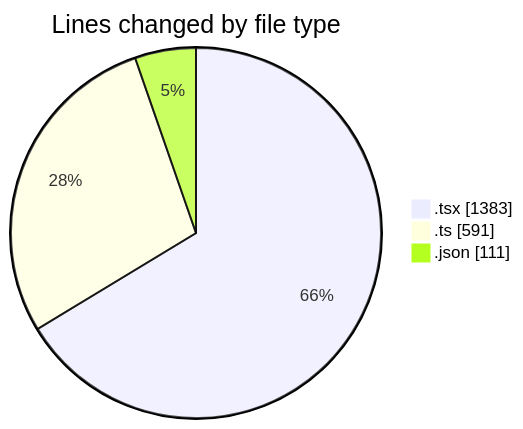
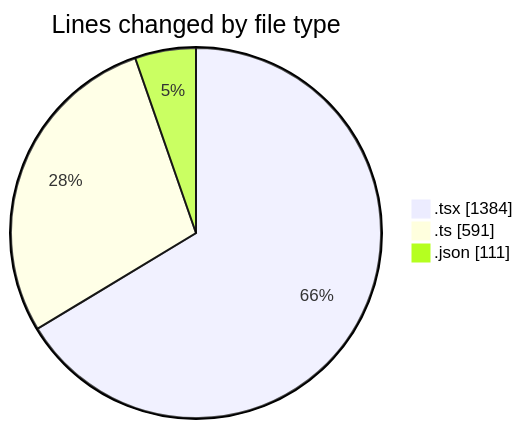
One commit to julien-gomy/code-tracking changed the first of 2 diagrams in 2025-11-08/eventscop-frontend-guide__workspace_/README.md. Above: the diagram before and after it, drawn with Mermaid. The commit also changed other lines of this file and 1 other file, not shown here.

````diff
--- a/2025-11-08/eventscop-frontend-guide__workspace_/README.md
+++ b/2025-11-08/eventscop-frontend-guide__workspace_/README.md
@@ -34,7 +34,7 @@
 ```mermaid
 pie showData
 title Lines changed by file type
-".tsx" : 1383
+".tsx" : 1384
 ".ts" : 591
 ".json" : 111
 ```
````
